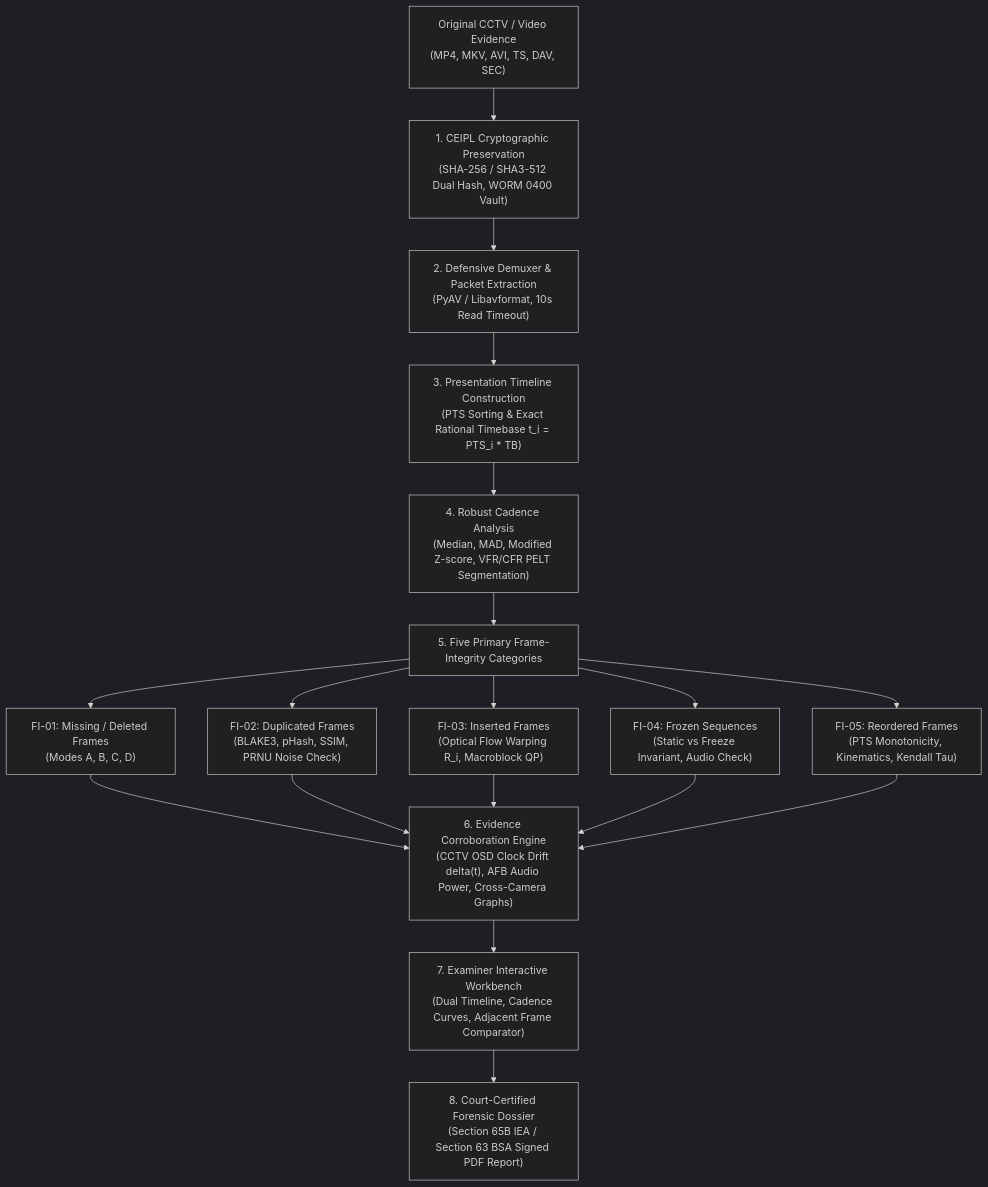
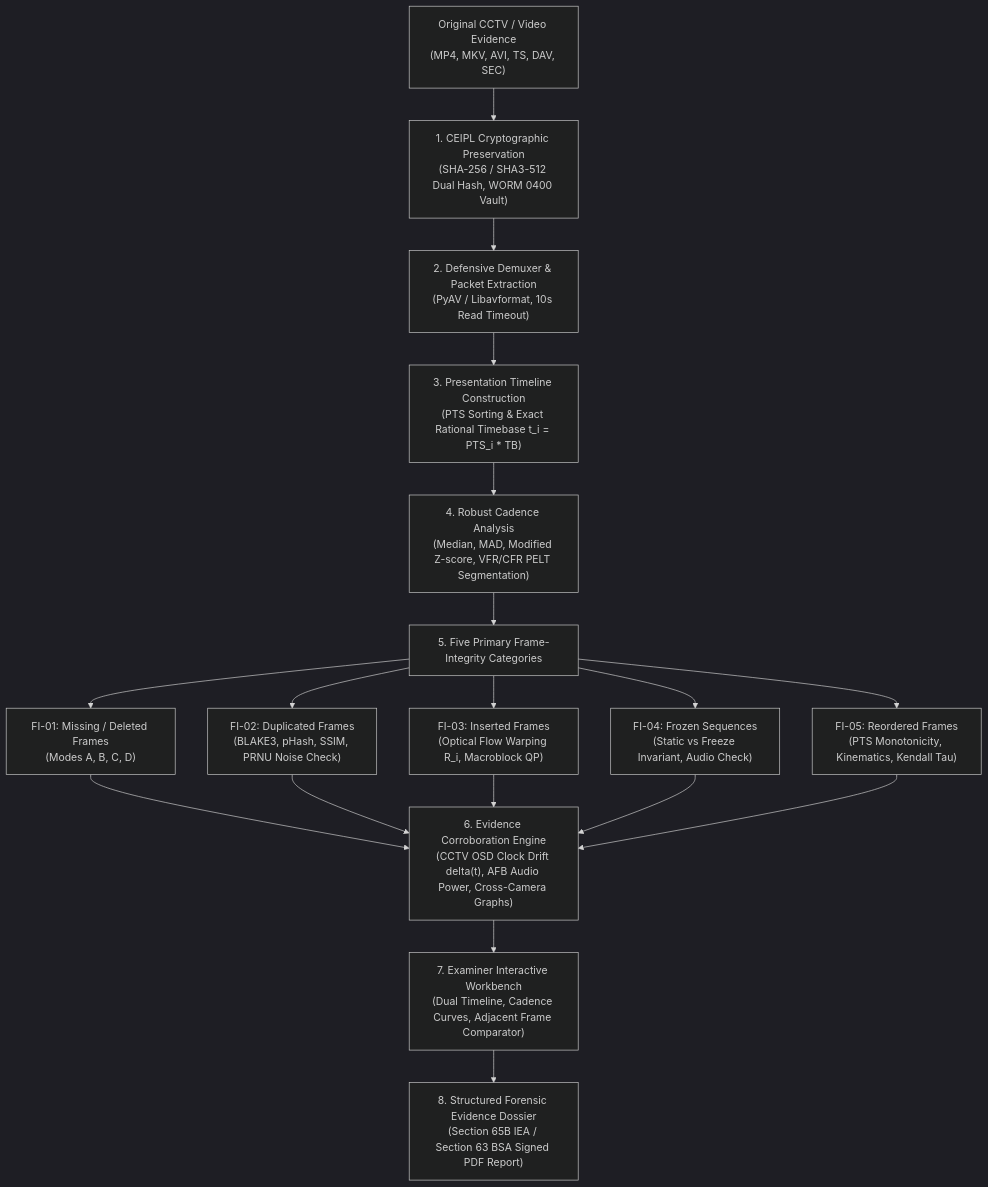
The fifth of 15 diagrams in README.md (Subhadip-Paul2006/BHack-Docs), drawn with Mermaid (dark theme) before and after one commit. The commit also changed other lines of this file and 1 other file, not shown here.

````diff
--- a/README.md
+++ b/README.md
@@ -585,31 +585,31 @@
 ```mermaid
 flowchart TD
     EVID["Original CCTV / Video Evidence
 (MP4, MKV, AVI, TS, DAV, SEC)"] --> CEIPL["1. CEIPL Cryptographic Preservation
 (SHA-256 / SHA3-512 Dual Hash, WORM 0400 Vault)"]
     CEIPL --> DEMUX["2. Defensive Demuxer & Packet Extraction
 (PyAV / Libavformat, 10s Read Timeout)"]
     DEMUX --> TIMELINE["3. Presentation Timeline Construction
 (PTS Sorting & Exact Rational Timebase t_i = PTS_i * TB)"]
     TIMELINE --> CADENCE["4. Robust Cadence Analysis
 (Median, MAD, Modified Z-score, VFR/CFR PELT Segmentation)"]
 
     CADENCE --> FIVE_ENG["5. Five Primary Frame-Integrity Categories"]
     FIVE_ENG --> FI01["FI-01: Missing / Deleted Frames
 (Modes A, B, C, D)"]
     FIVE_ENG --> FI02["FI-02: Duplicated Frames
 (BLAKE3, pHash, SSIM, PRNU Noise Check)"]
     FIVE_ENG --> FI03["FI-03: Inserted Frames
 (Optical Flow Warping R_i, Macroblock QP)"]
     FIVE_ENG --> FI04["FI-04: Frozen Sequences
 (Static vs Freeze Invariant, Audio Check)"]
     FIVE_ENG --> FI05["FI-05: Reordered Frames
 (PTS Monotonicity, Kinematics, Kendall Tau)"]
 
     FI01 & FI02 & FI03 & FI04 & FI05 --> CORR["6. Evidence Corroboration Engine
 (CCTV OSD Clock Drift delta(t), AFB Audio Power, Cross-Camera Graphs)"]
     CORR --> WORKBENCH["7. Examiner Interactive Workbench
 (Dual Timeline, Cadence Curves, Adjacent Frame Comparator)"]
-    WORKBENCH --> REPORT["8. Court-Certified Forensic Dossier
+    WORKBENCH --> REPORT["8. Structured Forensic Evidence Dossier
 (Section 65B IEA / Section 63 BSA Signed PDF Report)"]
 ```
````
